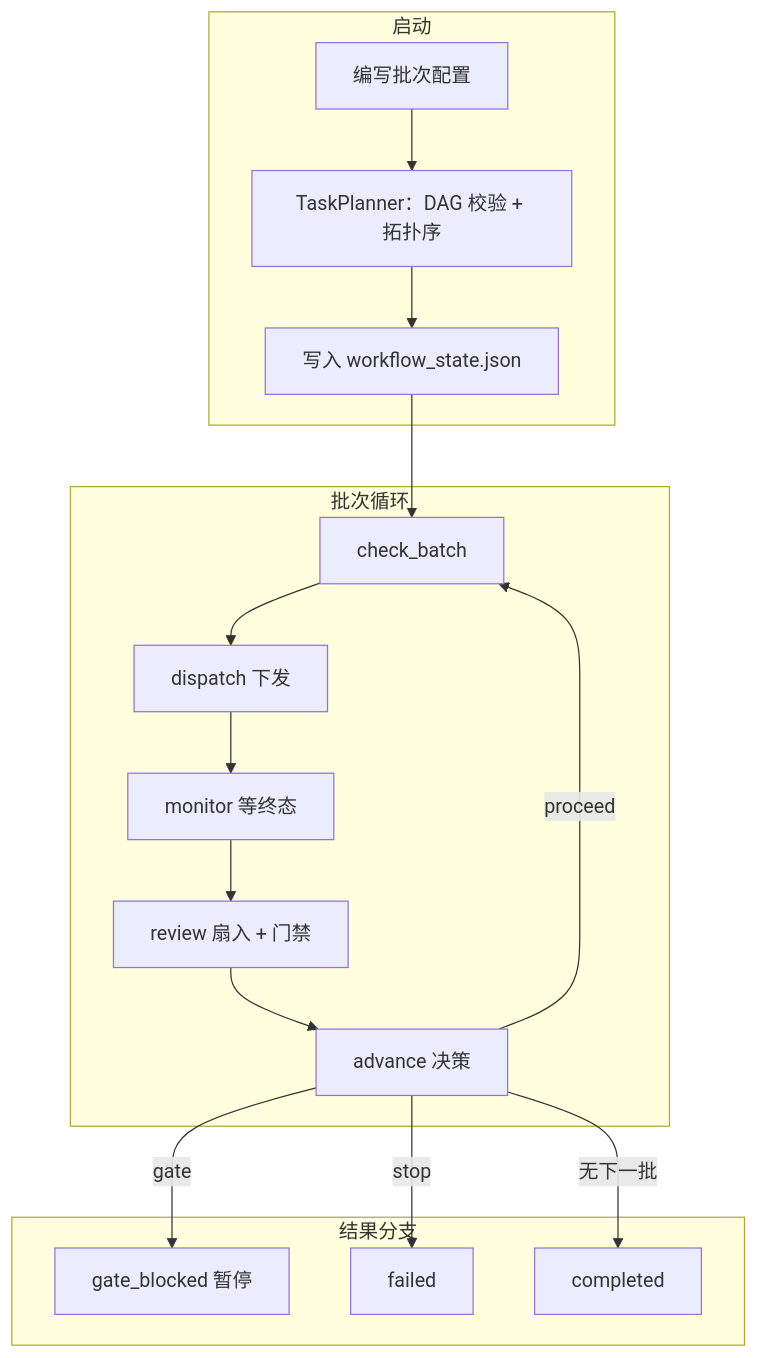
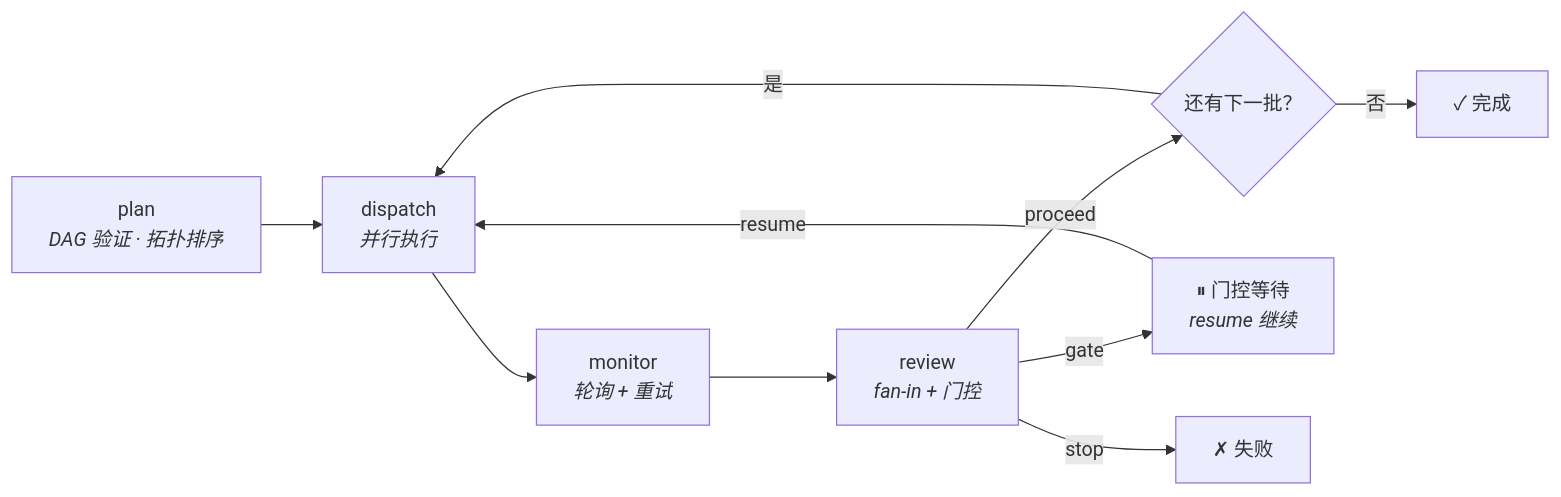
One commit to lanyasheng/openclaw-company-orchestration-proposal changed the second of 3 diagrams in README_CN.md. Above: the diagram before and after it, drawn with Mermaid. The commit also changed other lines of this file and 9 other files, not shown here.

````diff
--- a/README_CN.md
+++ b/README_CN.md
@@ -78,22 +97,12 @@
 ```mermaid
-flowchart TD
-  subgraph Boot["启动"]
-    A[编写批次配置] --> B[TaskPlanner：DAG 校验 + 拓扑序]
-    B --> C[写入 workflow_state.json]
-  end
-  subgraph Loop["批次循环"]
-    D[check_batch]
-    E[dispatch 下发]
-    F[monitor 等终态]
-    G[review 扇入 + 门禁]
-    H[advance 决策]
-    D --> E --> F --> G --> H
-  end
-  subgraph Out["结果分支"]
-    H -->|proceed| D
-    H -->|gate| I[gate_blocked 暂停]
-    H -->|stop| J[failed]
-    H -->|无下一批| K[completed]
-  end
-  C --> D
+flowchart LR
+  A["plan<br/><i>DAG 验证 · 拓扑排序</i>"] --> B["dispatch<br/><i>并行执行</i>"]
+  B --> C["monitor<br/><i>轮询 + 重试</i>"]
+  C --> D["review<br/><i>fan-in + 门控</i>"]
+  D -->|proceed| E{"还有下一批？"}
+  E -->|是| B
+  E -->|否| F["✓ 完成"]
+  D -->|gate| G["⏸ 门控等待<br/><i>resume 继续</i>"]
+  D -->|stop| H["✗ 失败"]
+  G -->|resume| B
 ```
````
